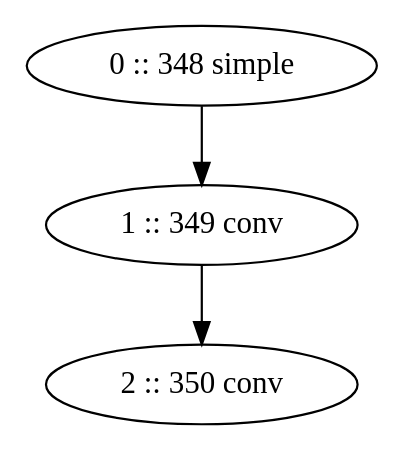
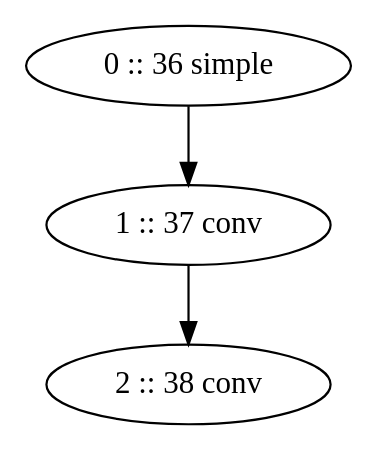
One commit to pradyumn014/NeuralArchitectureSearch changed the diagram in images/arch.gv. Above: the diagram before and after it, drawn with Graphviz. The commit also changed 2 other files, not shown here.

```diff
--- a/images/arch.gv
+++ b/images/arch.gv
@@ -1,8 +1,8 @@
 // ./images/arch.gv
 digraph "./images/arch" {
-	0 [label="0 :: 348 simple"]
-	1 [label="1 :: 349 conv"]
-	2 [label="2 :: 350 conv"]
+	0 [label="0 :: 36 simple"]
+	1 [label="1 :: 37 conv"]
+	2 [label="2 :: 38 conv"]
 	0 -> 1
 	1 -> 2
 }
```
